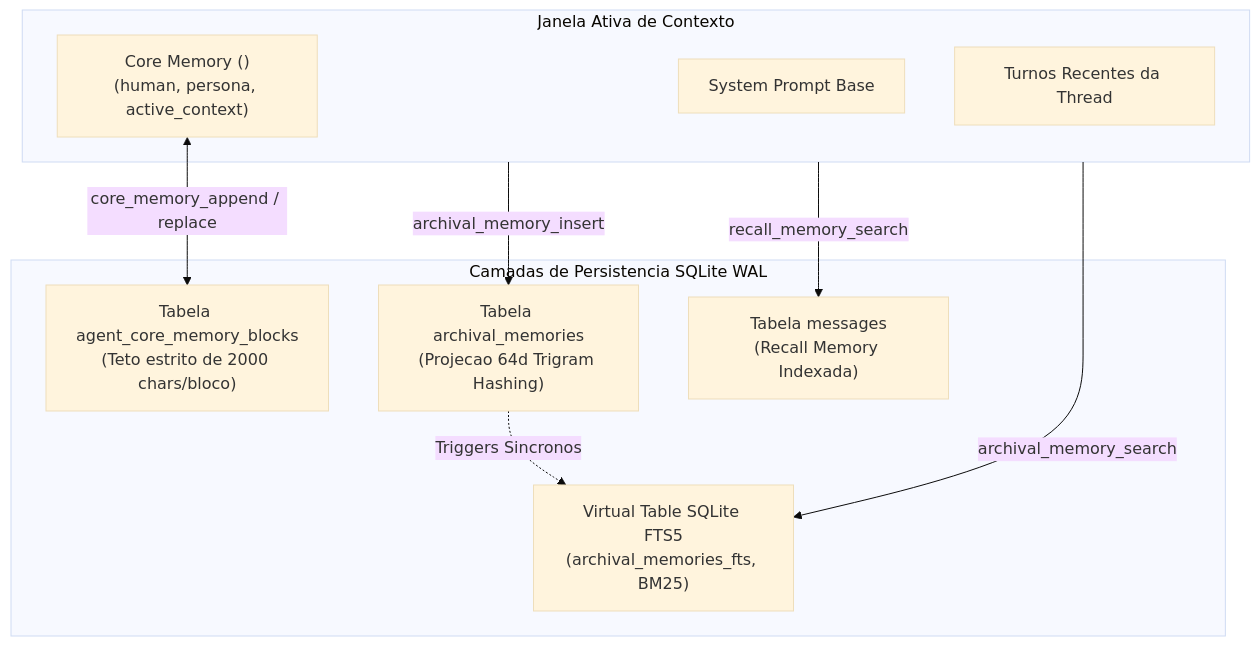
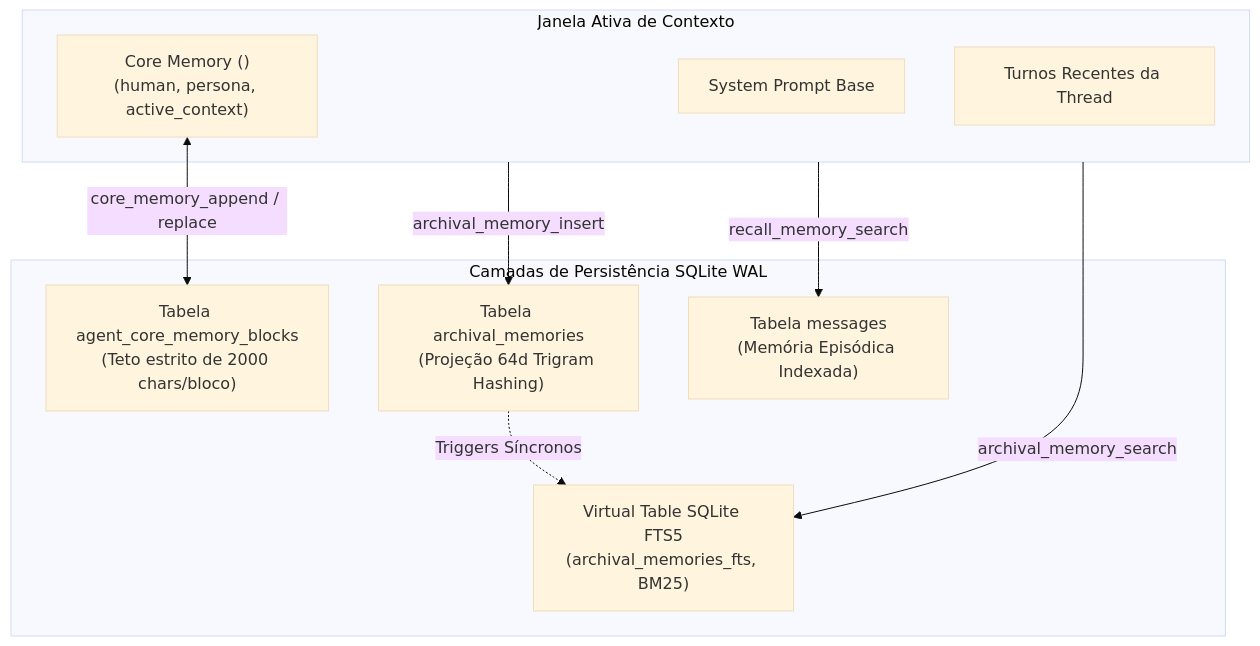
Before and after one commit to lyonpamplona/piDots: the eighth of 13 diagrams in ARCHITECTURE.md, drawn with Mermaid (base theme). The commit also changed other lines of this file and 1 other file, not shown here.

````diff
--- a/ARCHITECTURE.md
+++ b/ARCHITECTURE.md
@@ -679,21 +680,21 @@
 ```mermaid
 flowchart TD
     subgraph PromptContext["Janela Ativa de Contexto"]
         SystemPrompt["System Prompt Base"]
         CoreMem["Core Memory (<core_memory>)\n(human, persona, active_context)"]
         ChatTurns["Turnos Recentes da Thread"]
     end
 
-    subgraph MemoryLayers["Camadas de Persistencia SQLite WAL"]
+    subgraph MemoryLayers["Camadas de Persistência SQLite WAL"]
         CoreTable["Tabela agent_core_memory_blocks\n(Teto estrito de 2000 chars/bloco)"]
         FTS["Virtual Table SQLite FTS5\n(archival_memories_fts, BM25)"]
-        ArchivalTable["Tabela archival_memories\n(Projecao 64d Trigram Hashing)"]
-        MessagesTable["Tabela messages\n(Recall Memory Indexada)"]
+        ArchivalTable["Tabela archival_memories\n(Projeção 64d Trigram Hashing)"]
+        MessagesTable["Tabela messages\n(Memória Episódica Indexada)"]
     end
 
     CoreMem <-->|core_memory_append / replace| CoreTable
     PromptContext -->|archival_memory_search| FTS
     PromptContext -->|archival_memory_insert| ArchivalTable
-    ArchivalTable -.->|Triggers Sincronos| FTS
+    ArchivalTable -.->|Triggers Síncronos| FTS
     PromptContext -->|recall_memory_search| MessagesTable
 ```
````
